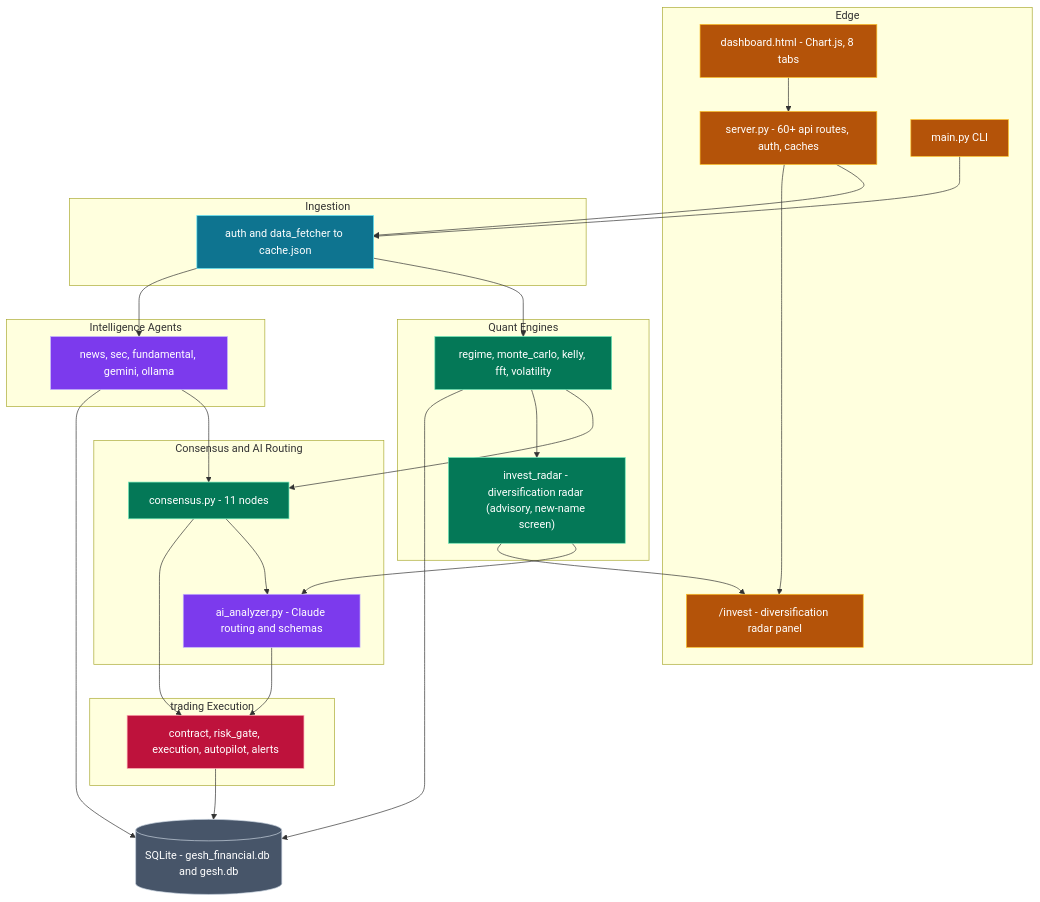
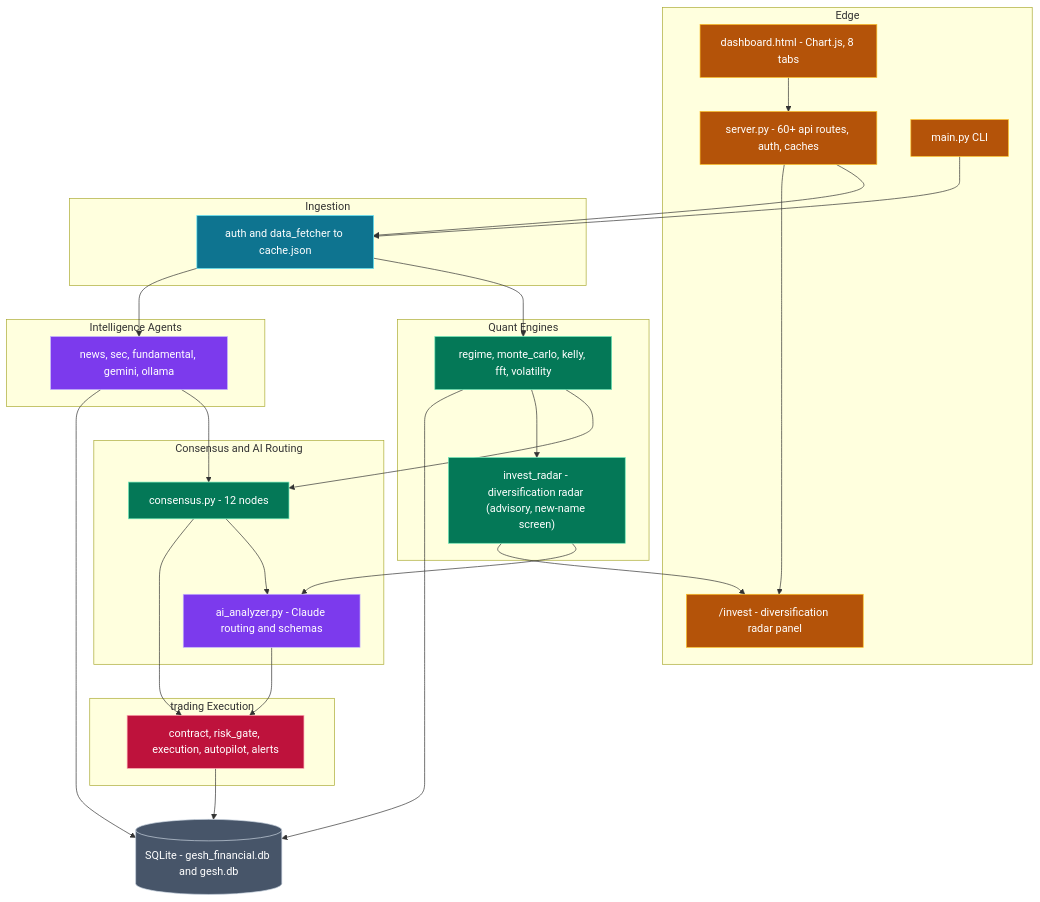
One commit to gesh75/Gesh-Project changed the second of 8 diagrams in docs/ARCHITECTURE.md. Above: the diagram before and after it, drawn with Mermaid. The commit also changed other lines of this file and 3 other files, not shown here.

First line of the commit message:
Docs: refresh architecture + roadmap to current state (12-node, customer surface)

````diff
--- a/docs/ARCHITECTURE.md
+++ b/docs/ARCHITECTURE.md
@@ -76,57 +78,57 @@
 ```mermaid
 flowchart TB
     subgraph EDGE["Edge"]
         api["server.py - 60+ api routes, auth, caches"]:::core
         dash["dashboard.html - Chart.js, 8 tabs"]:::core
         invest["/invest - diversification radar panel"]:::core
         cli["main.py CLI"]:::core
     end
 
     subgraph INGEST["Ingestion"]
         fetch["auth and data_fetcher to cache.json"]:::svc
     end
 
     subgraph QUANT["Quant Engines"]
         regime["regime, monte_carlo, kelly, fft, volatility"]:::data
         radar["invest_radar - diversification radar (advisory, new-name screen)"]:::data
     end
 
     subgraph AGENTS["Intelligence Agents"]
         intel["news, sec, fundamental, gemini, ollama"]:::ai
     end
 
     subgraph BRAIN["Consensus and AI Routing"]
-        cons["consensus.py - 11 nodes"]:::data
+        cons["consensus.py - 12 nodes"]:::data
         ai["ai_analyzer.py - Claude routing and schemas"]:::ai
     end
 
     subgraph EXEC["trading Execution"]
         gate["contract, risk_gate, execution, autopilot, alerts"]:::danger
     end
 
     store[("SQLite - gesh_financial.db and gesh.db")]:::store
 
     dash --> api
     cli --> fetch
     api --> fetch --> regime
     fetch --> intel
     regime --> cons
     intel --> cons
     cons --> ai
     ai --> gate
     cons --> gate
     regime --> radar
     radar --> ai
     radar --> invest
     api --> invest
     regime --> store
     intel --> store
     gate --> store
 
     classDef core   fill:#b45309,stroke:#fbbf24,color:#fff
     classDef svc    fill:#0e7490,stroke:#67e8f9,color:#fff
     classDef data   fill:#047857,stroke:#6ee7b7,color:#fff
     classDef ai     fill:#7c3aed,stroke:#c4b5fd,color:#fff
     classDef danger fill:#be123c,stroke:#fda4af,color:#fff
     classDef store  fill:#475569,stroke:#cbd5e1,color:#fff
 ```
````
